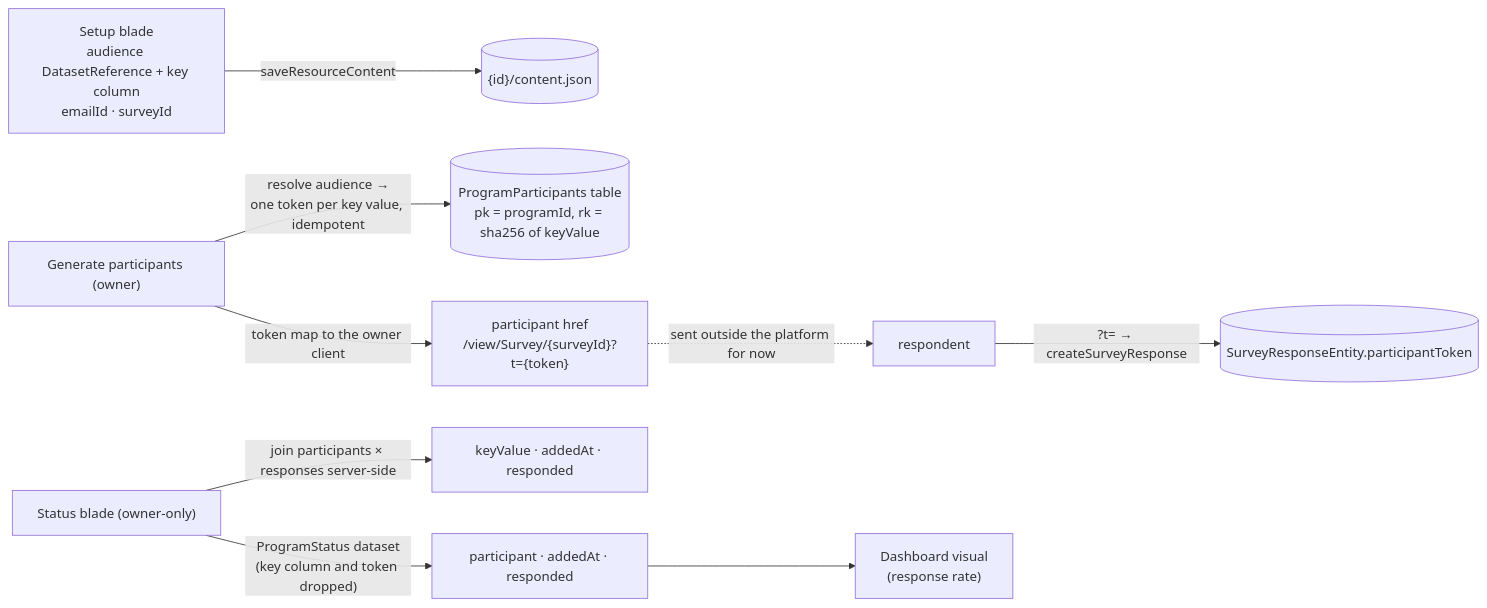
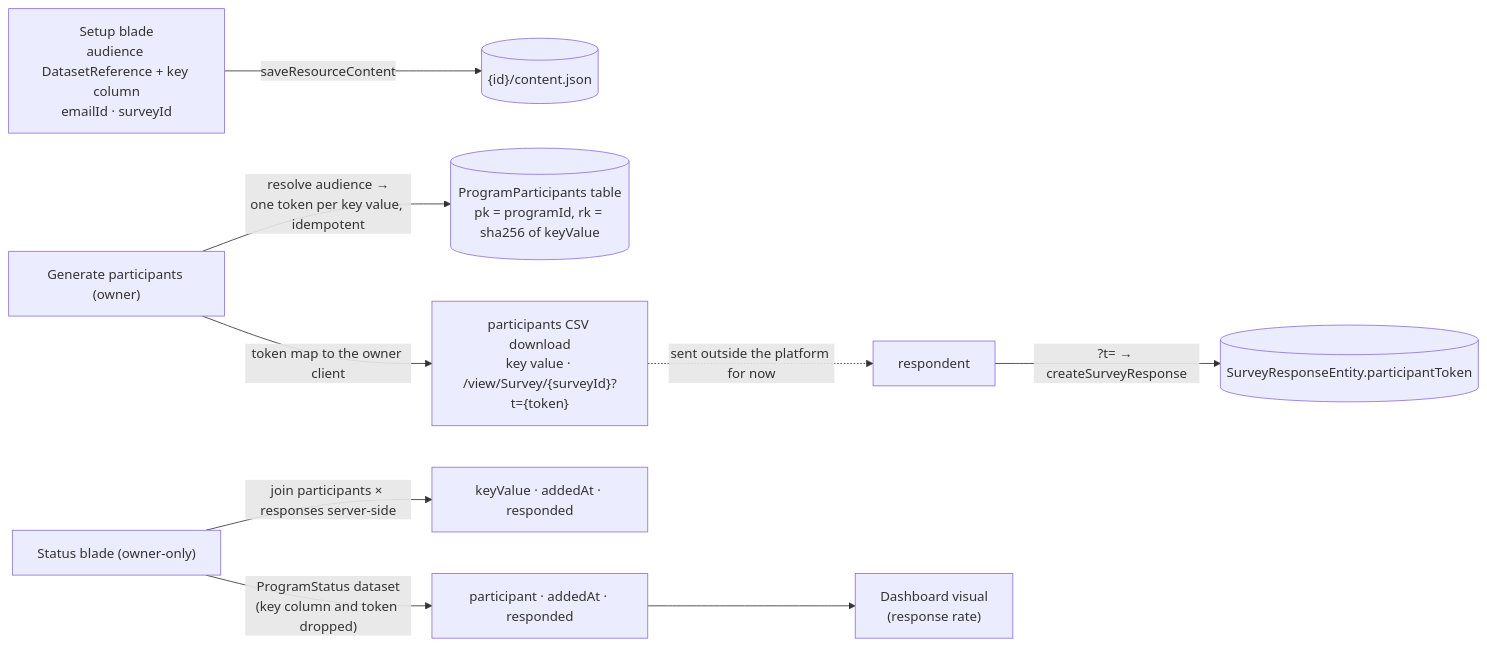
Before and after one commit to Esposter/Esposter: the diagram in apps/web/content/docs/resource/program-resource.md, drawn with Mermaid. The commit also changed other lines of this file and 7 other files, not shown here.

First line of the commit message:
fix(program): generating participants hands the owner their links

````diff
--- a/apps/web/content/docs/resource/program-resource.md
+++ b/apps/web/content/docs/resource/program-resource.md
@@ -14,11 +14,11 @@
 ```mermaid
 flowchart LR
   SETUP["Setup blade<br/>audience DatasetReference + key column<br/>emailId · surveyId"] -->|saveResourceContent| BLOB[("{id}/content.json")]
   GEN["Generate participants (owner)"] -->|"resolve audience →<br/>one token per key value, idempotent"| INV[("ProgramParticipants table<br/>pk = programId, rk = sha256 of keyValue")]
-  GEN -->|"token map to the owner client"| EXPORT["participant href<br/>/view/Survey/{surveyId}?t={token}"]
+  GEN -->|"token map to the owner client"| EXPORT["participants CSV download<br/>key value · /view/Survey/{surveyId}?t={token}"]
   EXPORT -.->|"sent outside the platform for now"| RESP["respondent"]
   RESP -->|"?t= → createSurveyResponse"| SR[("SurveyResponseEntity.participantToken")]
   STATUS["Status blade (owner-only)"] -->|"join participants × responses server-side"| FUNNEL["keyValue · addedAt · responded"]
   STATUS -->|"ProgramStatus dataset<br/>(key column and token dropped)"| PUBSAFE["participant · addedAt · responded"]
   PUBSAFE --> DASH["Dashboard visual<br/>(response rate)"]
 ```
````
